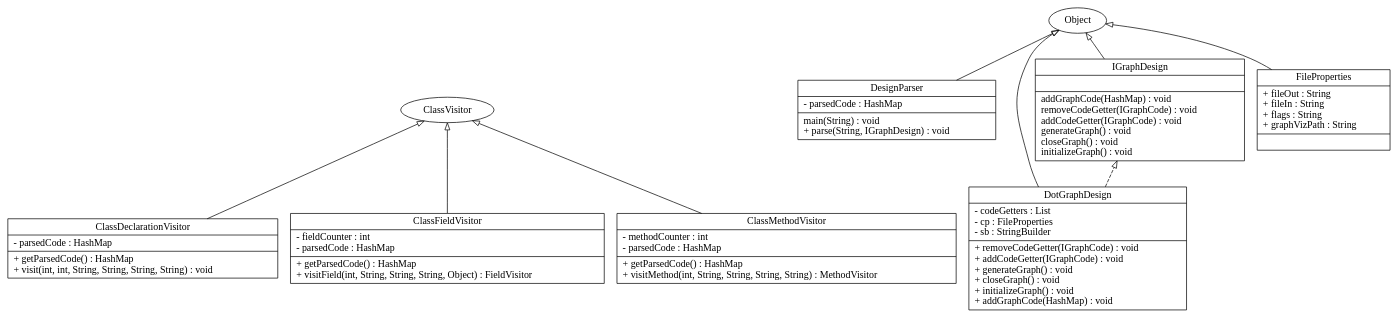
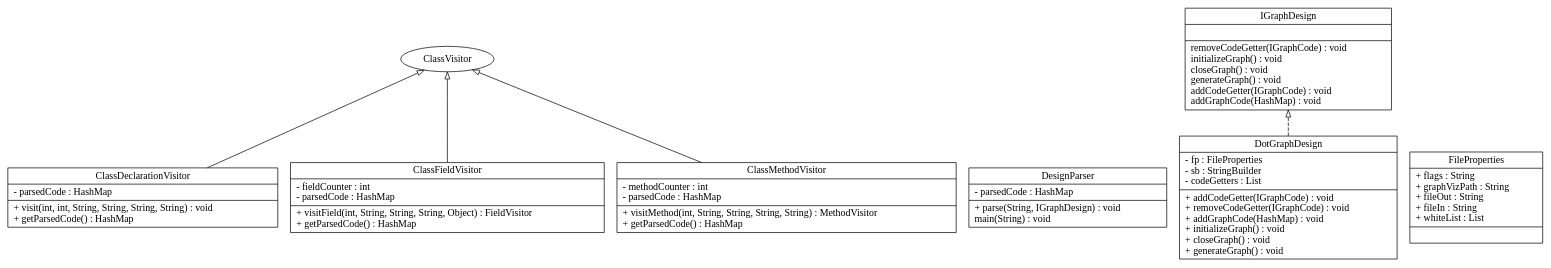
One commit to JGSquared/374Project changed the diagram in input_output/374Project.gv. Above: the diagram before and after it, drawn with Graphviz. The commit also changed 5 other files, not shown here.

Commit message:
Updated README and added working White List

```diff
--- a/input_output/374Project.gv
+++ b/input_output/374Project.gv
@@ -1,24 +1,24 @@
 digraph G{
 rankdir=BT;
 ClassDeclarationVisitor [
 shape="record",
-label = "{ClassDeclarationVisitor|- parsedCode : HashMap\l|+ getParsedCode() : HashMap\l+ visit(int, int, String, String, String, String) : void\l}"
+label = "{ClassDeclarationVisitor|- parsedCode : HashMap\l|+ visit(int, int, String, String, String, String) : void\l+ getParsedCode() : HashMap\l}"
 ];ClassDeclarationVisitor -> ClassVisitor [arrowhead="onormal", style="solid"];ClassFieldVisitor [
 shape="record",
-label = "{ClassFieldVisitor|- fieldCounter : int\l- parsedCode : HashMap\l|+ getParsedCode() : HashMap\l+ visitField(int, String, String, String, Object) : FieldVisitor\l}"
+label = "{ClassFieldVisitor|- fieldCounter : int\l- parsedCode : HashMap\l|+ visitField(int, String, String, String, Object) : FieldVisitor\l+ getParsedCode() : HashMap\l}"
 ];ClassFieldVisitor -> ClassVisitor [arrowhead="onormal", style="solid"];ClassMethodVisitor [
 shape="record",
-label = "{ClassMethodVisitor|- methodCounter : int\l- parsedCode : HashMap\l|+ getParsedCode() : HashMap\l+ visitMethod(int, String, String, String, String) : MethodVisitor\l}"
+label = "{ClassMethodVisitor|- methodCounter : int\l- parsedCode : HashMap\l|+ visitMethod(int, String, String, String, String) : MethodVisitor\l+ getParsedCode() : HashMap\l}"
 ];ClassMethodVisitor -> ClassVisitor [arrowhead="onormal", style="solid"];DesignParser [
 shape="record",
-label = "{DesignParser|- parsedCode : HashMap\l| main(String) : void\l+ parse(String, IGraphDesign) : void\l}"
-];DesignParser -> Object [arrowhead="onormal", style="solid"];DotGraphDesign [
+label = "{DesignParser|- parsedCode : HashMap\l|+ parse(String, IGraphDesign) : void\l main(String) : void\l}"
+];DotGraphDesign [
 shape="record",
-label = "{DotGraphDesign|- codeGetters : List\l- cp : FileProperties\l- sb : StringBuilder\l|+ removeCodeGetter(IGraphCode) : void\l+ addCodeGetter(IGraphCode) : void\l+ generateGraph() : void\l+ closeGraph() : void\l+ initializeGraph() : void\l+ addGraphCode(HashMap) : void\l}"
-];DotGraphDesign -> Object [arrowhead="onormal", style="solid"];DotGraphDesign -> IGraphDesign [arrowhead="onormal", style="dashed"];FileProperties [
+label = "{DotGraphDesign|- fp : FileProperties\l- sb : StringBuilder\l- codeGetters : List\l|+ addCodeGetter(IGraphCode) : void\l+ removeCodeGetter(IGraphCode) : void\l+ addGraphCode(HashMap) : void\l+ initializeGraph() : void\l+ closeGraph() : void\l+ generateGraph() : void\l}"
+];DotGraphDesign -> IGraphDesign [arrowhead="onormal", style="dashed"];FileProperties [
 shape="record",
-label = "{FileProperties|+ fileOut : String\l+ fileIn : String\l+ flags : String\l+ graphVizPath : String\l|}"
-];FileProperties -> Object [arrowhead="onormal", style="solid"];IGraphDesign [
+label = "{FileProperties|+ flags : String\l+ graphVizPath : String\l+ fileOut : String\l+ fileIn : String\l+ whiteList : List\l|}"
+];IGraphDesign [
 shape="record",
-label = "{IGraphDesign|| addGraphCode(HashMap) : void\l removeCodeGetter(IGraphCode) : void\l addCodeGetter(IGraphCode) : void\l generateGraph() : void\l closeGraph() : void\l initializeGraph() : void\l}"
-];IGraphDesign -> Object [arrowhead="onormal", style="solid"];}
+label = "{IGraphDesign|| removeCodeGetter(IGraphCode) : void\l initializeGraph() : void\l closeGraph() : void\l generateGraph() : void\l addCodeGetter(IGraphCode) : void\l addGraphCode(HashMap) : void\l}"
+];}
```
